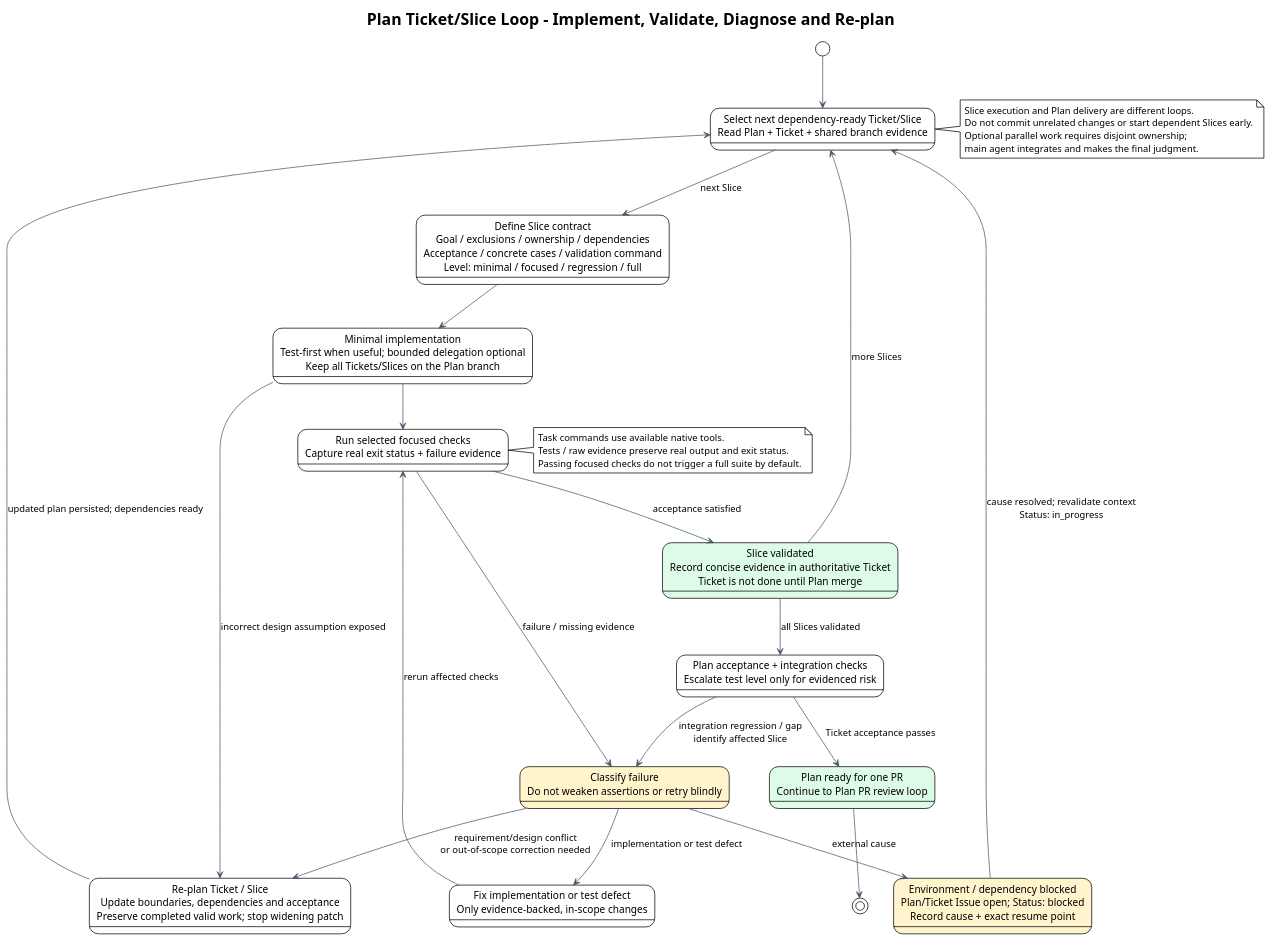
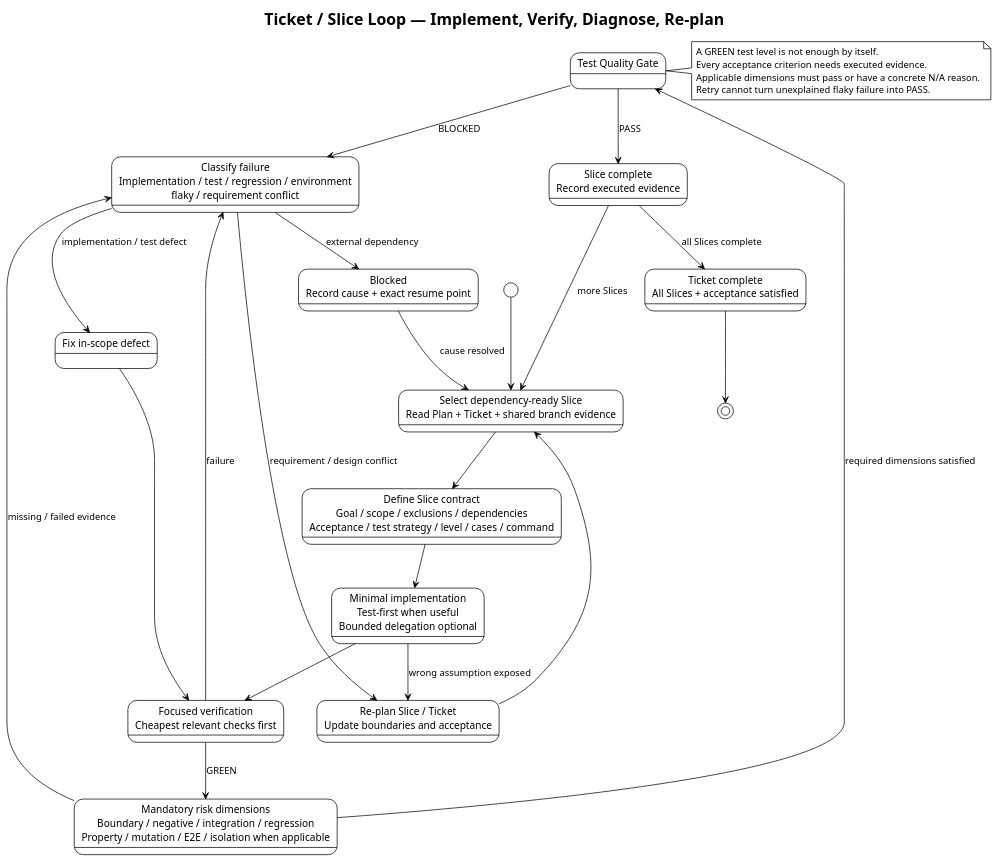
Before and after one commit to i-zrhe2016/codex-development-workflow: the diagram in docs/diagrams/ticket-slice-loop.puml, drawn with PlantUML. The commit also changed 30 other files, not shown here.

First line of the commit message:
Normalize diagrams and documentation with PlantUML (#150)

```diff
--- a/docs/diagrams/ticket-slice-loop.puml
+++ b/docs/diagrams/ticket-slice-loop.puml
@@ -1,50 +1,49 @@
 @startuml
 !theme plain
+top to bottom direction
+skinparam shadowing false
 skinparam defaultFontName Arial
-skinparam shadowing false
-skinparam ArrowColor #475569
-title Plan Ticket/Slice Loop - Implement, Validate, Diagnose and Re-plan
 
-state "Select next dependency-ready Ticket/Slice\nRead Plan + Ticket + shared branch evidence" as select
-state "Define Slice contract\nGoal / exclusions / ownership / dependencies\nAcceptance / concrete cases / validation command\nLevel: minimal / focused / regression / full" as contract
-state "Minimal implementation\nTest-first when useful; bounded delegation optional\nKeep all Tickets/Slices on the Plan branch" as implement
-state "Run selected focused checks\nCapture real exit status + failure evidence" as test
-state "Classify failure\nDo not weaken assertions or retry blindly" as diagnose #FFF4CC
-state "Fix implementation or test defect\nOnly evidence-backed, in-scope changes" as fix
-state "Environment / dependency blocked\nPlan/Ticket Issue open; Status: blocked\nRecord cause + exact resume point" as blocked #FFF4CC
-state "Re-plan Ticket / Slice\nUpdate boundaries, dependencies and acceptance\nPreserve completed valid work; stop widening patch" as replan
-state "Slice validated\nRecord concise evidence in authoritative Ticket\nTicket is not done until Plan merge" as slice_done #DCFCE7
-state "Plan acceptance + integration checks\nEscalate test level only for evidenced risk" as integrate
-state "Plan ready for one PR\nContinue to Plan PR review loop" as ready #DCFCE7
+title Ticket / Slice Loop — Implement, Verify, Diagnose, Re-plan
+
+state "Select dependency-ready Slice\nRead Plan + Ticket + shared branch evidence" as select
+state "Define Slice contract\nGoal / scope / exclusions / dependencies\nAcceptance / test strategy / level / cases / command" as contract
+state "Minimal implementation\nTest-first when useful\nBounded delegation optional" as implement
+state "Focused verification\nCheapest relevant checks first" as focused
+state "Mandatory risk dimensions\nBoundary / negative / integration / regression\nProperty / mutation / E2E / isolation when applicable" as dimensions
+state "Test Quality Gate" as gate
+state "Classify failure\nImplementation / test / regression / environment\nflaky / requirement conflict" as diagnose
+state "Fix in-scope defect" as fix
+state "Blocked\nRecord cause + exact resume point" as blocked
+state "Re-plan Slice / Ticket\nUpdate boundaries and acceptance" as replan
+state "Slice complete\nRecord executed evidence" as slice_done
+state "Ticket complete\nAll Slices + acceptance satisfied" as ticket_done
 
 [*] --> select
-select --> contract : next Slice
+select --> contract
 contract --> implement
-implement --> test
-test --> slice_done : acceptance satisfied
-test --> diagnose : failure / missing evidence
-diagnose --> fix : implementation or test defect
-fix --> test : rerun affected checks
-diagnose --> blocked : external cause
-blocked --> select : cause resolved; revalidate context\nStatus: in_progress
-diagnose --> replan : requirement/design conflict\nor out-of-scope correction needed
-implement --> replan : incorrect design assumption exposed
-replan --> select : updated plan persisted; dependencies ready
+implement --> focused
+focused --> diagnose : failure
+focused --> dimensions : GREEN
+dimensions --> diagnose : missing / failed evidence
+dimensions --> gate : required dimensions satisfied
+gate --> diagnose : BLOCKED
+gate --> slice_done : PASS
+diagnose --> fix : implementation / test defect
+fix --> focused
+diagnose --> blocked : external dependency
+blocked --> select : cause resolved
+diagnose --> replan : requirement / design conflict
+implement --> replan : wrong assumption exposed
+replan --> select
 slice_done --> select : more Slices
-slice_done --> integrate : all Slices validated
-integrate --> ready : Ticket acceptance passes
-integrate --> diagnose : integration regression / gap\nidentify affected Slice
-ready --> [*]
+slice_done --> ticket_done : all Slices complete
+ticket_done --> [*]
 
-note right of select
-Slice execution and Plan delivery are different loops.
-Do not commit unrelated changes or start dependent Slices early.
-Optional parallel work requires disjoint ownership;
-main agent integrates and makes the final judgment.
-end note
-note right of test
-Task commands use available native tools.
-Tests / raw evidence preserve real output and exit status.
-Passing focused checks do not trigger a full suite by default.
+note right of gate
+A GREEN test level is not enough by itself.
+Every acceptance criterion needs executed evidence.
+Applicable dimensions must pass or have a concrete N/A reason.
+Retry cannot turn unexplained flaky failure into PASS.
 end note
 @enduml
```
